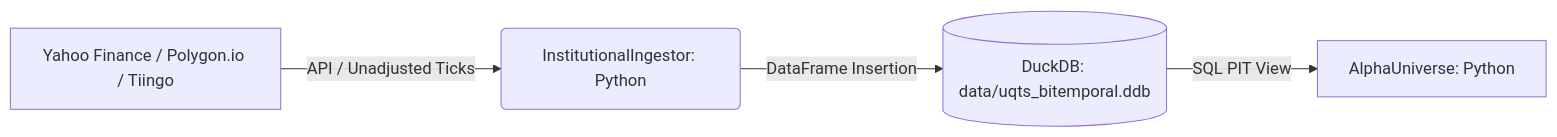
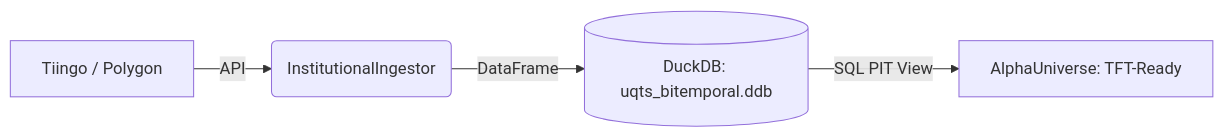
Before and after one commit to abhishek-jana/QTS2026: the diagram in README.md, drawn with Mermaid. The commit also changed other lines of this file and 8 other files, not shown here.

````diff
--- a/README.md
+++ b/README.md
@@ -10,6 +15,6 @@
 ```mermaid
 graph LR
-    A[Yahoo Finance / Polygon.io / Tiingo] -- API / Unadjusted Ticks --> B(InstitutionalIngestor: Python)
-    B -- DataFrame Insertion --> C[(DuckDB: data/uqts_bitemporal.ddb)]
-    C -- SQL PIT View --> D[AlphaUniverse: Python]
+    A[Tiingo / Polygon] -- API --> B(InstitutionalIngestor)
+    B -- DataFrame --> C[(DuckDB: uqts_bitemporal.ddb)]
+    C -- SQL PIT View --> D[AlphaUniverse: TFT-Ready]
 ```
````
